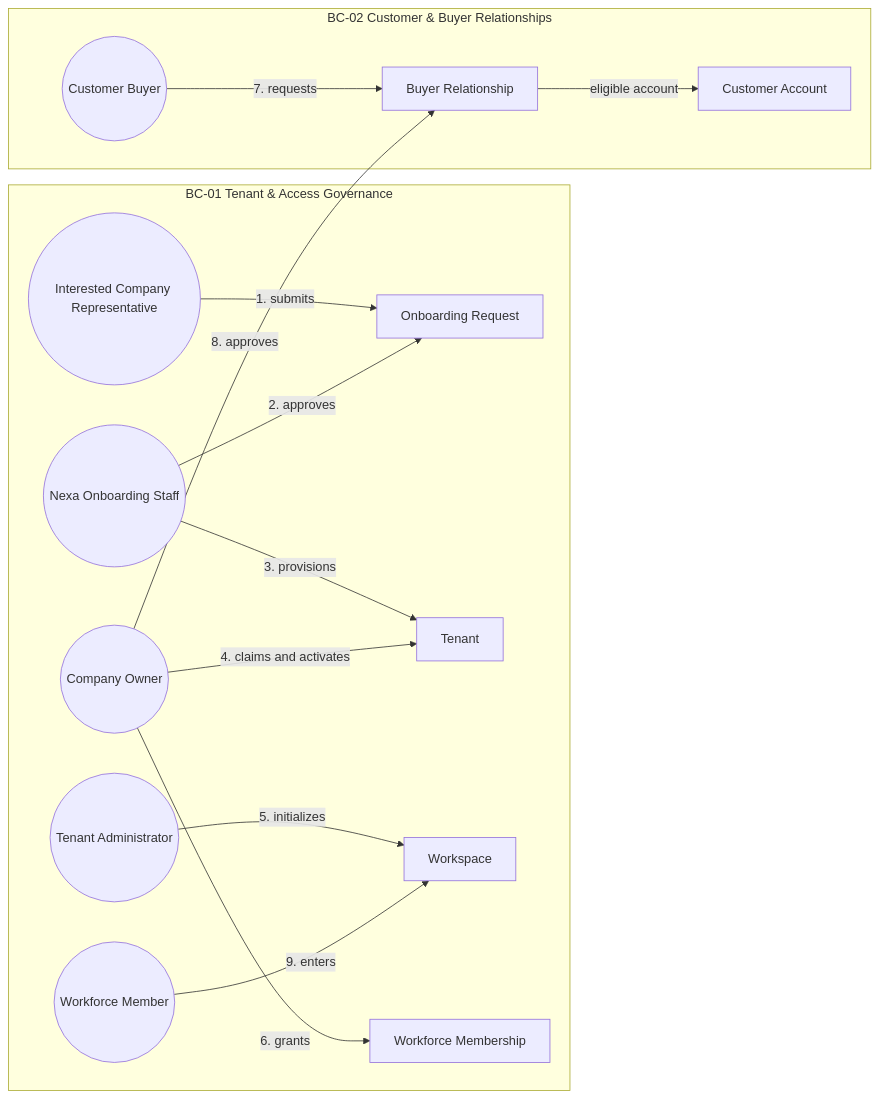
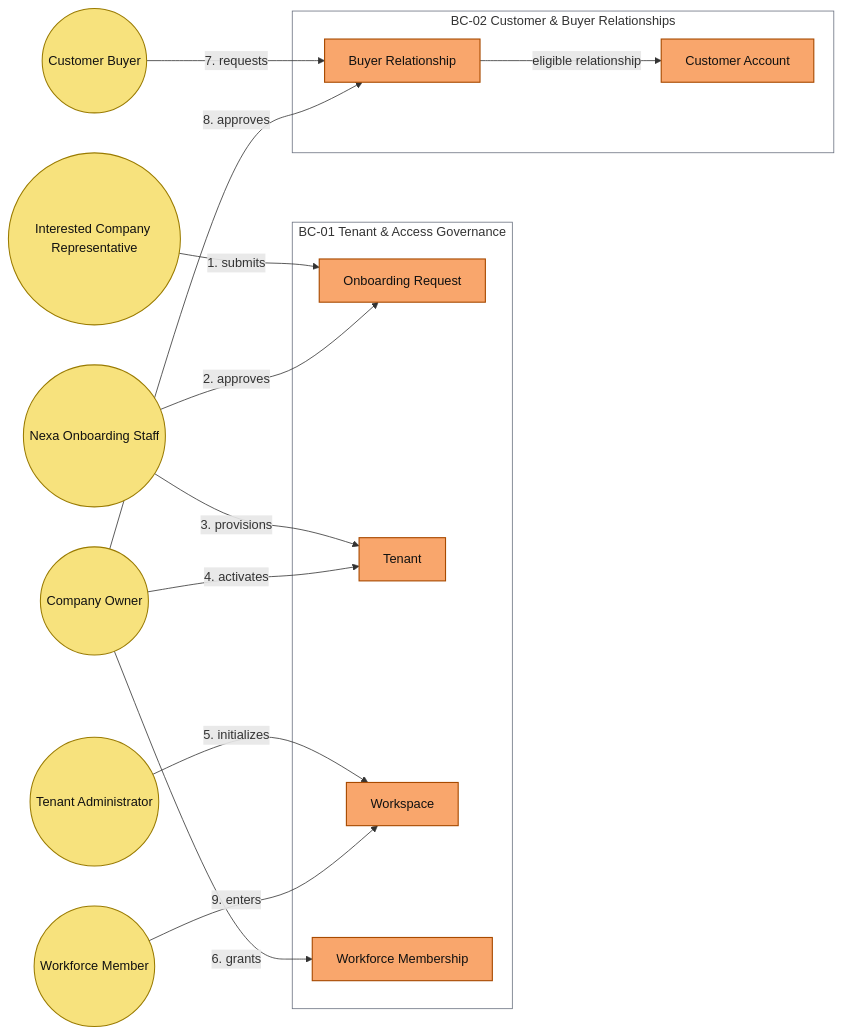
The diagram in report/assets/chapter-2/domain-storytelling/domain-story-01.mmd (nexa-suite/mobile-report), drawn with Mermaid before and after one commit. The commit also changed 26 other files, not shown here.

```diff
--- a/report/assets/chapter-2/domain-storytelling/domain-story-01.mmd
+++ b/report/assets/chapter-2/domain-storytelling/domain-story-01.mmd
@@ -1,27 +1,36 @@
 flowchart LR
-  subgraph access["BC-01 Tenant & Access Governance"]
-    rep((Interested Company Representative))
-    onboardingStaff((Nexa Onboarding Staff))
-    companyOwner((Company Owner))
-    admin((Tenant Administrator))
-    member((Workforce Member))
-    onboarding[Onboarding Request]
-    tenant[Tenant]
-    workspace[Workspace]
-    membership[Workforce Membership]
+  classDef actor fill:#F7E27D,stroke:#9A7B00,stroke-width:1.3px,color:#111
+  classDef work fill:#F9A66C,stroke:#A84A00,stroke-width:1.4px,color:#111
+
+  representative((Interested Company Representative)):::actor
+  onboardingStaff((Nexa Onboarding Staff)):::actor
+  owner((Company Owner)):::actor
+  administrator((Tenant Administrator)):::actor
+  member((Workforce Member)):::actor
+  buyer((Customer Buyer)):::actor
+
+  subgraph bc01["BC-01 Tenant & Access Governance"]
+    onboarding["Onboarding Request"]:::work
+    tenant["Tenant"]:::work
+    workspace["Workspace"]:::work
+    membership["Workforce Membership"]:::work
   end
-  subgraph relationships["BC-02 Customer & Buyer Relationships"]
-    buyer((Customer Buyer))
-    account[Customer Account]
-    relationship[Buyer Relationship]
+
+  subgraph bc02["BC-02 Customer & Buyer Relationships"]
+    account["Customer Account"]:::work
+    relationship["Buyer Relationship"]:::work
   end
-  rep -->|1. submits| onboarding
+
+  representative -->|1. submits| onboarding
   onboardingStaff -->|2. approves| onboarding
   onboardingStaff -->|3. provisions| tenant
-  companyOwner -->|4. claims and activates| tenant
-  admin -->|5. initializes| workspace
-  companyOwner -->|6. grants| membership
+  owner -->|4. activates| tenant
+  administrator -->|5. initializes| workspace
+  owner -->|6. grants| membership
   buyer -->|7. requests| relationship
-  companyOwner -->|8. approves| relationship
+  owner -->|8. approves| relationship
   member -->|9. enters| workspace
-  relationship -->|eligible account| account
+  relationship -->|eligible relationship| account
+
+  style bc01 fill:none,stroke:#6B7280,stroke-width:1px
+  style bc02 fill:none,stroke:#6B7280,stroke-width:1px
```
